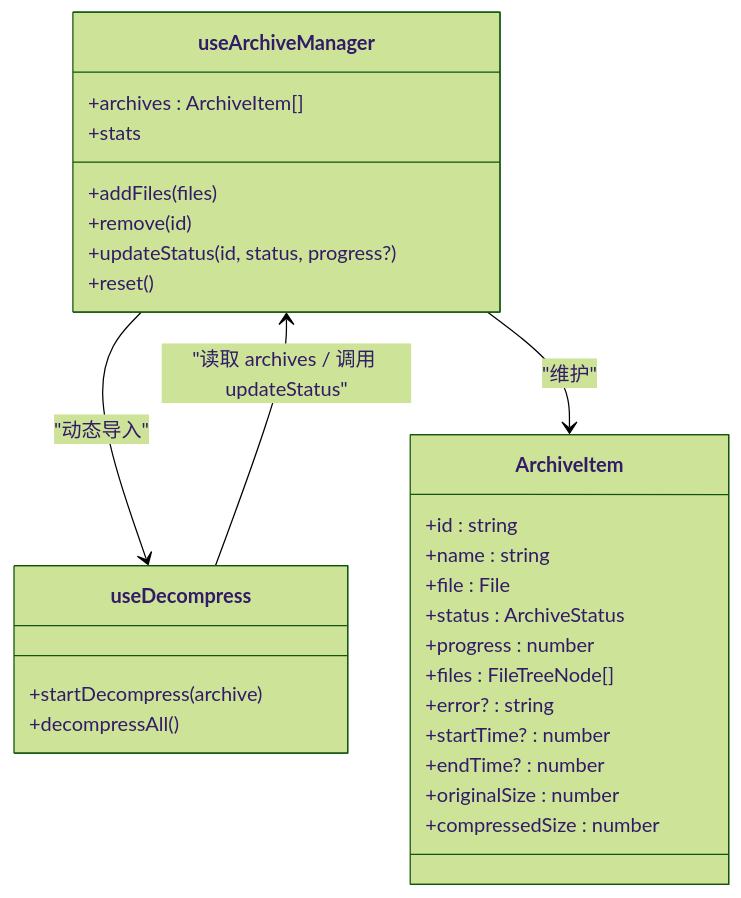
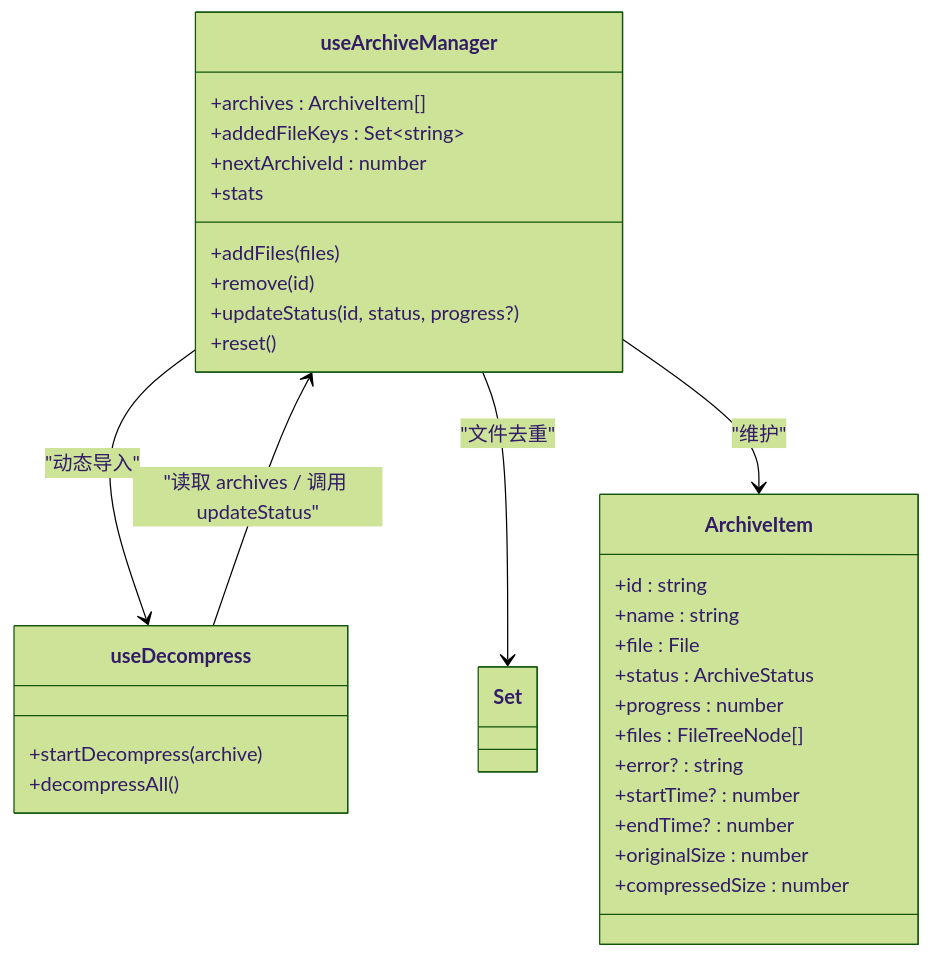
One commit to taoweidong/Hello-Tauri changed the fourth of 4 diagrams in .qoder/repowiki/zh/content/架构设计/数据流模式/组合式函数数据逻辑/归档管理组合函数.md. Above: the diagram before and after it, drawn with Mermaid (forest theme). The commit also changed other lines of this file and 72 other files, not shown here.

````diff
--- a/.qoder/repowiki/zh/content/架构设计/数据流模式/组合式函数数据逻辑/归档管理组合函数.md
+++ b/.qoder/repowiki/zh/content/架构设计/数据流模式/组合式函数数据逻辑/归档管理组合函数.md
@@ -192,31 +257,34 @@
 ```mermaid
 classDiagram
 class useArchiveManager {
 +archives : ArchiveItem[]
++addedFileKeys : Set~string~
++nextArchiveId : number
 +addFiles(files)
 +remove(id)
 +updateStatus(id, status, progress?)
 +stats
 +reset()
 }
 class useDecompress {
 +startDecompress(archive)
 +decompressAll()
 }
 class ArchiveItem {
 +id : string
 +name : string
 +file : File
 +status : ArchiveStatus
 +progress : number
 +files : FileTreeNode[]
 +error? : string
 +startTime? : number
 +endTime? : number
 +originalSize : number
 +compressedSize : number
 }
 useArchiveManager --> useDecompress : "动态导入"
+useArchiveManager --> Set : "文件去重"
 useDecompress --> useArchiveManager : "读取 archives / 调用 updateStatus"
 useArchiveManager --> ArchiveItem : "维护"
 ```
````
